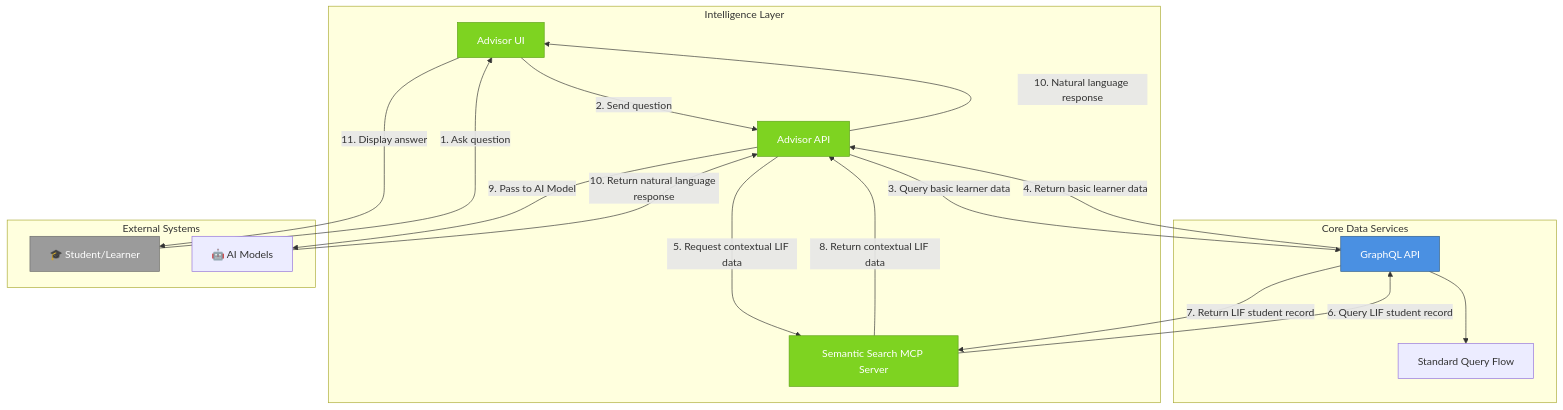
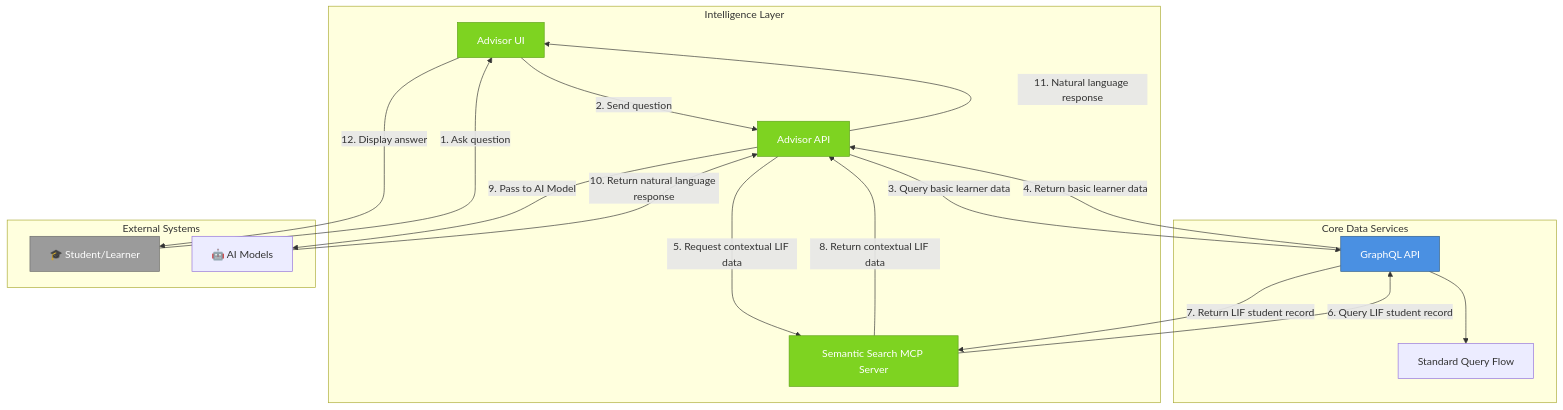
One commit to LIF-Initiative/lif-core changed diagram 14 of 15 in docs/lif_services_overview.md. Above: the diagram before and after it, drawn with Mermaid. The commit also changed other lines of this file, not shown here.

Commit message:
docs: addl clean up

````diff
--- a/docs/lif_services_overview.md
+++ b/docs/lif_services_overview.md
@@ -574,39 +574,39 @@
 ```mermaid
 graph TB
     subgraph Intel["Intelligence Layer"]
         AdvisorUI[Advisor UI]
         Advisor[Advisor API]
         MCP[Semantic Search MCP Server]
     end
     subgraph Core[Core Data Services]
         GQL[GraphQL API]
         QUERY[Standard Query Flow]
     end
     subgraph Ext[External Systems]
         Student[🎓 Student/Learner]
         AIModel[🤖 AI Models]
     end
     
     Student -->|1. Ask question| AdvisorUI
     AdvisorUI -->|2. Send question| Advisor
     Advisor -->|3. Query basic learner data| GQL
     GQL -->QUERY
     GQL -->|4. Return basic learner data| Advisor
     Advisor -->|5. Request contextual LIF data| MCP
     MCP -->|6. Query LIF student record| GQL
     GQL -->|7. Return LIF student record| MCP
     MCP -->|8. Return contextual LIF data| Advisor
     Advisor -->|9. Pass to AI Model| AIModel
     AIModel -->|10. Return natural language response| Advisor
-    Advisor -->|10. Natural language response| AdvisorUI
-    AdvisorUI -->|11. Display answer| Student
+    Advisor -->|11. Natural language response| AdvisorUI
+    AdvisorUI -->|12. Display answer| Student
     
     classDef coreStyle fill:#4A90E2,stroke:#2E5C8A,color:#fff
     classDef intelStyle fill:#7ED321,stroke:#5FA319,color:#fff
     classDef infraStyle fill:#F5A623,stroke:#C17D11,color:#fff
     classDef extStyle fill:#9B9B9B,stroke:#6B6B6B,color:#fff
     
     class GQL coreStyle
     class Advisor,AdvisorUI,MCP intelStyle
     class Student extStyle
 ```
````
